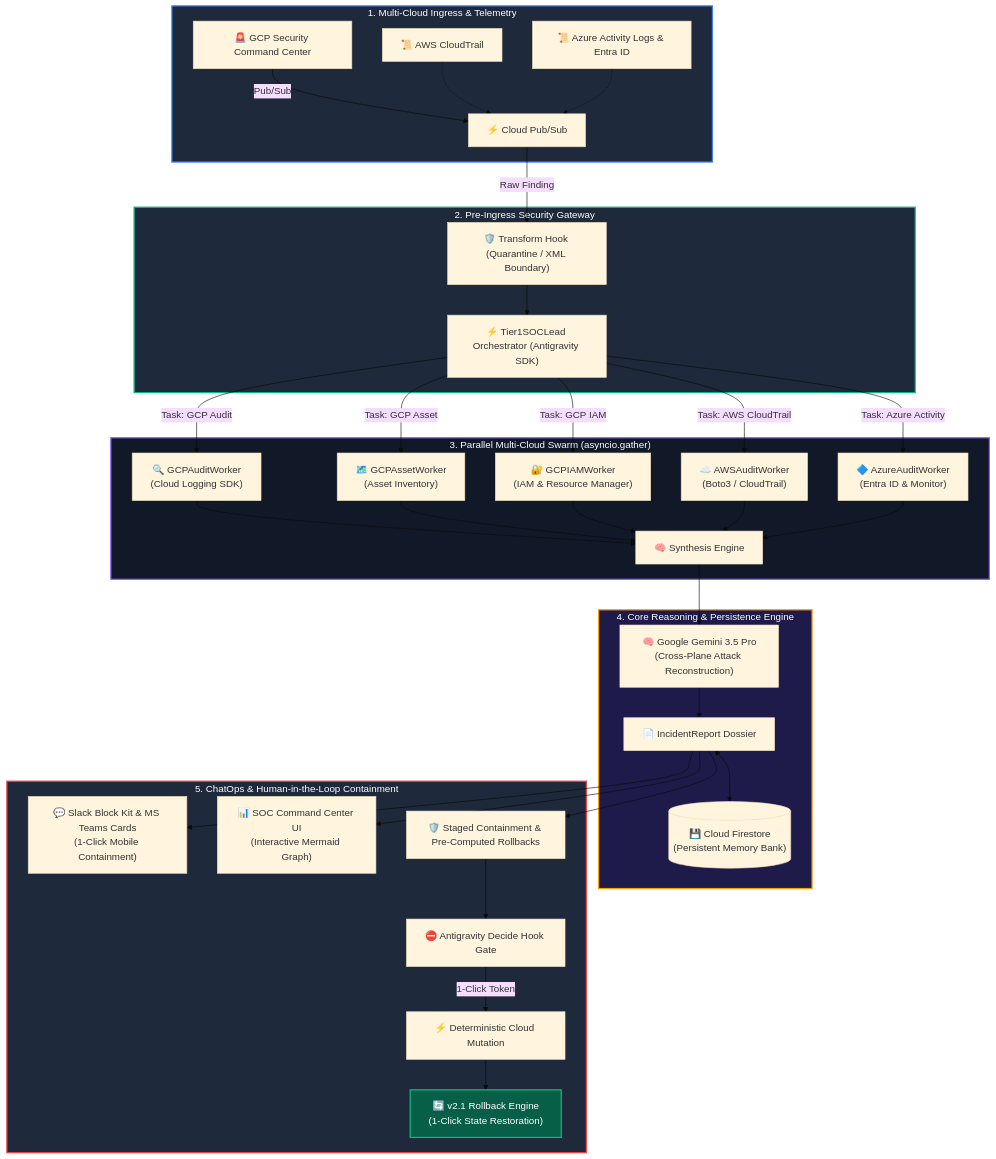
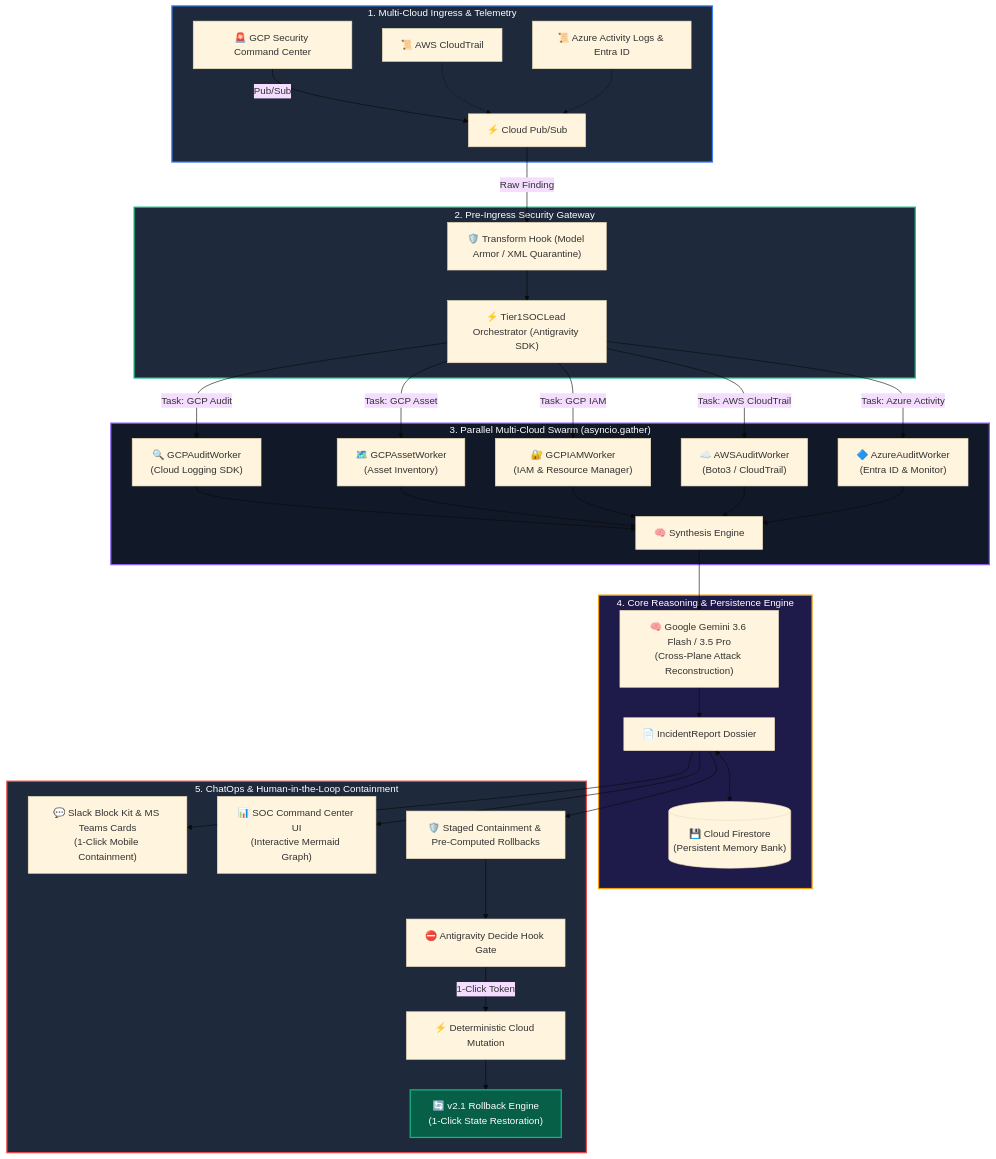
The diagram in README.md (suresh-zatch/AegisFleet), drawn with Mermaid (base theme) before and after one commit. The commit also changed other lines of this file, not shown here.

````diff
--- a/README.md
+++ b/README.md
@@ -64,50 +94,50 @@
 ```mermaid
 graph TD
     %% Ingestion Layer
     subgraph INGRESS ["1. Multi-Cloud Ingress & Telemetry"]
         SCC["🚨 GCP Security Command Center"] -->|Pub/Sub| PS["⚡ Cloud Pub/Sub"]
         AWS_CT["📜 AWS CloudTrail"] -.-> PS
         AZ_LOG["📜 Azure Activity Logs & Entra ID"] -.-> PS
     end
 
     %% Pre-Ingress Gateway
     subgraph SANITIZATION ["2. Pre-Ingress Security Gateway"]
-        PS -->|Raw Finding| TH["🛡️ Transform Hook (Quarantine / XML Boundary)"]
+        PS -->|Raw Finding| TH["🛡️ Transform Hook (Model Armor / XML Quarantine)"]
         TH --> ORCH["⚡ Tier1SOCLead Orchestrator (Antigravity SDK)"]
     end
 
     %% Parallel Multi-Cloud Swarm
     subgraph SWARM ["3. Parallel Multi-Cloud Swarm (asyncio.gather)"]
         ORCH -->|Task: GCP Audit| W_AUDIT["🔍 GCPAuditWorker<br/>(Cloud Logging SDK)"]
         ORCH -->|Task: GCP Asset| W_ASSET["🗺️ GCPAssetWorker<br/>(Asset Inventory)"]
         ORCH -->|Task: GCP IAM| W_IAM["🔐 GCPIAMWorker<br/>(IAM & Resource Manager)"]
         ORCH -->|Task: AWS CloudTrail| W_AWS["☁️ AWSAuditWorker<br/>(Boto3 / CloudTrail)"]
         ORCH -->|Task: Azure Activity| W_AZURE["🔷 AzureAuditWorker<br/>(Entra ID & Monitor)"]
         
         W_AUDIT & W_ASSET & W_IAM & W_AWS & W_AZURE --> SYNTH["🧠 Synthesis Engine"]
     end
 
     %% Brain & Persistence
     subgraph BRAIN ["4. Core Reasoning & Persistence Engine"]
-        SYNTH --> GEMINI["🧠 Google Gemini 3.5 Pro<br/>(Cross-Plane Attack Reconstruction)"]
+        SYNTH --> GEMINI["🧠 Google Gemini 3.6 Flash / 3.5 Pro<br/>(Cross-Plane Attack Reconstruction)"]
         GEMINI --> REPORT["📄 IncidentReport Dossier"]
         REPORT <--> FS[("💾 Cloud Firestore<br/>(Persistent Memory Bank)")]
     end
 
     %% ChatOps, Artifacts & Rollback
     subgraph OUTPUTS ["5. ChatOps & Human-in-the-Loop Containment"]
         REPORT --> SLACK["💬 Slack Block Kit & MS Teams Cards<br/>(1-Click Mobile Containment)"]
         REPORT --> DASH["📊 SOC Command Center UI<br/>(Interactive Mermaid Graph)"]
         REPORT --> STAGE["🛡️ Staged Containment & Pre-Computed Rollbacks"]
         STAGE --> DECIDE["⛔ Antigravity Decide Hook Gate"]
         DECIDE -->|1-Click Token| EXEC["⚡ Deterministic Cloud Mutation"]
         EXEC --> ROLLBACK["🔄 v2.1 Rollback Engine<br/>(1-Click State Restoration)"]
     end
 
     style INGRESS fill:#1e293b,stroke:#3b82f6,stroke-width:2px,color:#fff
     style SANITIZATION fill:#1e293b,stroke:#10b981,stroke-width:2px,color:#fff
     style SWARM fill:#111827,stroke:#8b5cf6,stroke-width:2px,color:#fff
     style BRAIN fill:#1e1b4b,stroke:#f59e0b,stroke-width:2px,color:#fff
     style OUTPUTS fill:#1e293b,stroke:#ef4444,stroke-width:2px,color:#fff
     style ROLLBACK fill:#065f46,stroke:#10b981,stroke-width:2px,color:#fff
 ```
````
